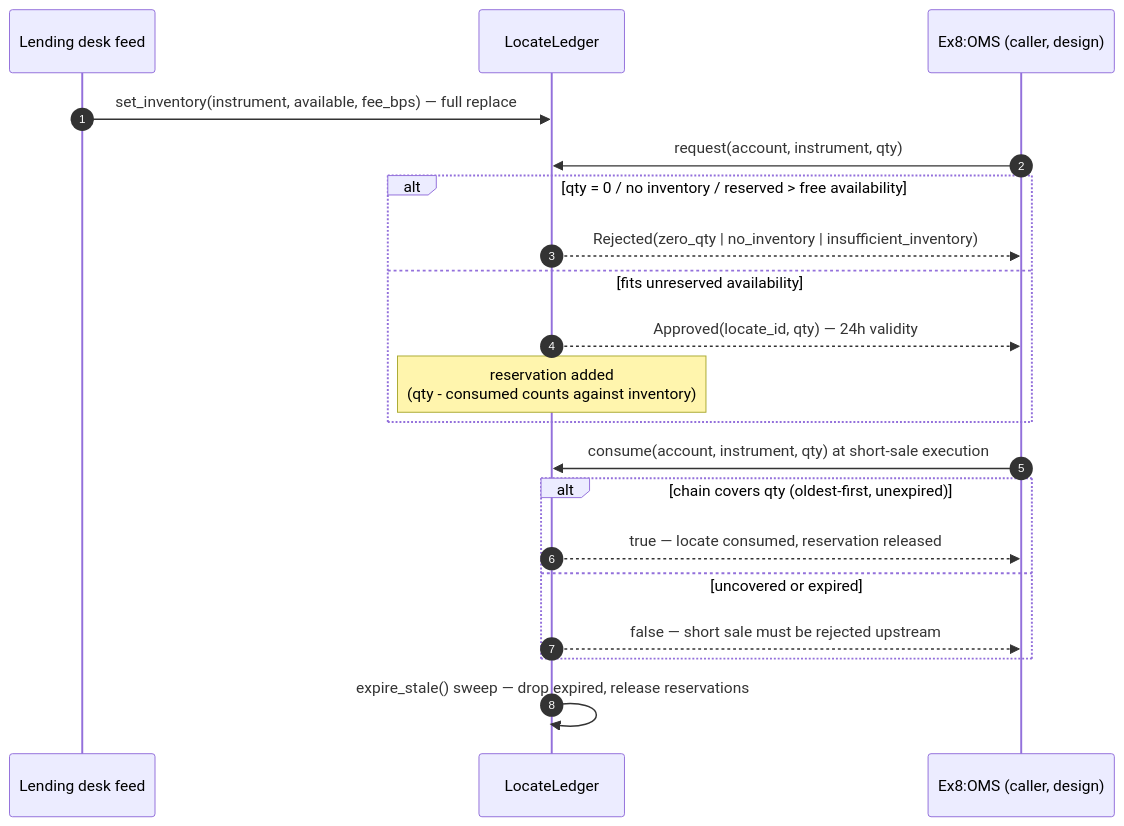
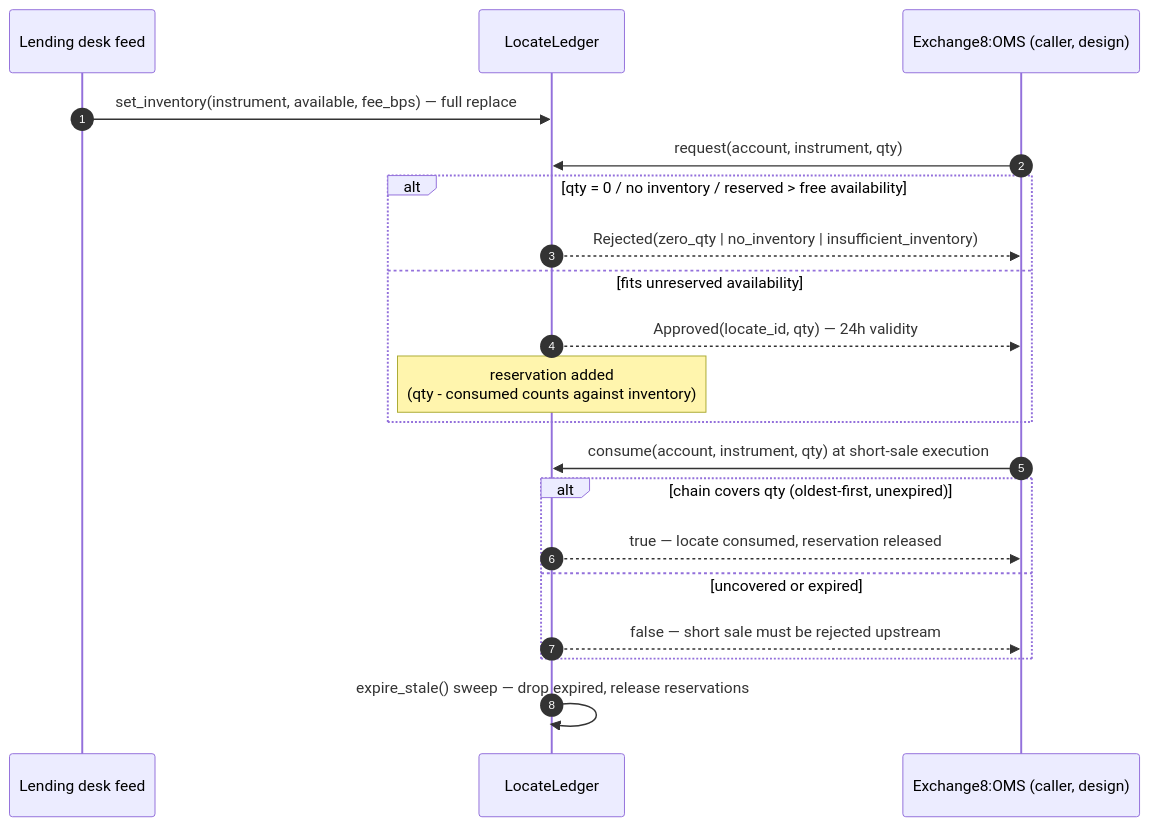
One commit to Exchange8-dev/exchange8-clearing changed the fifth of 17 diagrams in DESIGN.md. Above: the diagram before and after it, drawn with Mermaid. The commit also changed other lines of this file and 10 other files, not shown here.

````diff
--- a/DESIGN.md
+++ b/DESIGN.md
@@ -194,23 +194,23 @@
 ```mermaid
 sequenceDiagram
     autonumber
     participant FEED as Lending desk feed
     participant LED as LocateLedger
-    participant OMS as Ex8:OMS (caller, design)
+    participant OMS as Exchange8:OMS (caller, design)
 
     FEED->>LED: set_inventory(instrument, available, fee_bps) — full replace
     OMS->>LED: request(account, instrument, qty)
     alt qty = 0 / no inventory / reserved > free availability
         LED-->>OMS: Rejected(zero_qty | no_inventory | insufficient_inventory)
     else fits unreserved availability
         LED-->>OMS: Approved(locate_id, qty) — 24h validity
         Note over LED: reservation added<br/>(qty - consumed counts against inventory)
     end
     OMS->>LED: consume(account, instrument, qty) at short-sale execution
     alt chain covers qty (oldest-first, unexpired)
         LED-->>OMS: true — locate consumed, reservation released
     else uncovered or expired
         LED-->>OMS: false — short sale must be rejected upstream
     end
     LED->>LED: expire_stale() sweep — drop expired, release reservations
 ```
````
